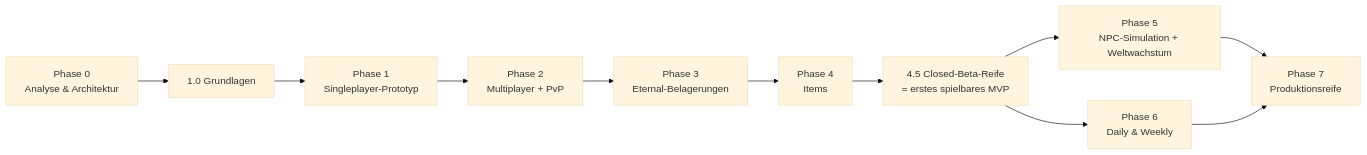
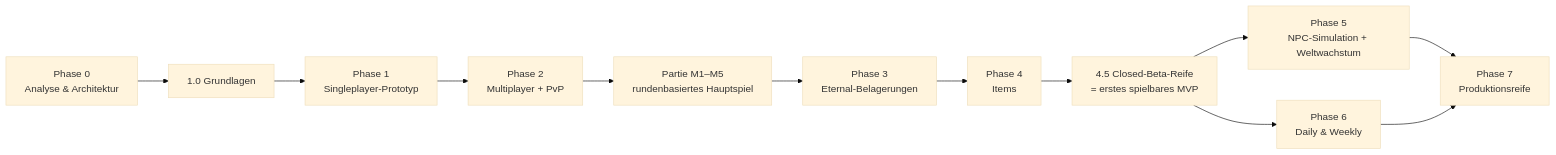
One commit to cibakhun/trivia-game changed the diagram in docs/DEVELOPMENT_ROADMAP.md. Above: the diagram before and after it, drawn with Mermaid (base theme). The commit also changed other lines of this file and 40 other files, not shown here.

````diff
--- a/docs/DEVELOPMENT_ROADMAP.md
+++ b/docs/DEVELOPMENT_ROADMAP.md
@@ -7,13 +9,14 @@
 ```mermaid
 flowchart LR
   P0[Phase 0<br/>Analyse & Architektur] --> F[1.0 Grundlagen]
   F --> P1[Phase 1<br/>Singleplayer-Prototyp]
   P1 --> P2[Phase 2<br/>Multiplayer + PvP]
-  P2 --> P3[Phase 3<br/>Eternal-Belagerungen]
+  P2 --> PM[Partie M1–M5<br/>rundenbasiertes Hauptspiel]
+  PM --> P3[Phase 3<br/>Eternal-Belagerungen]
   P3 --> P4[Phase 4<br/>Items]
   P4 --> CB[4.5 Closed-Beta-Reife<br/>= erstes spielbares MVP]
   CB --> P5[Phase 5<br/>NPC-Simulation + Weltwachstum]
   CB --> P6[Phase 6<br/>Daily & Weekly]
   P5 --> P7[Phase 7<br/>Produktionsreife]
   P6 --> P7
 ```
````
